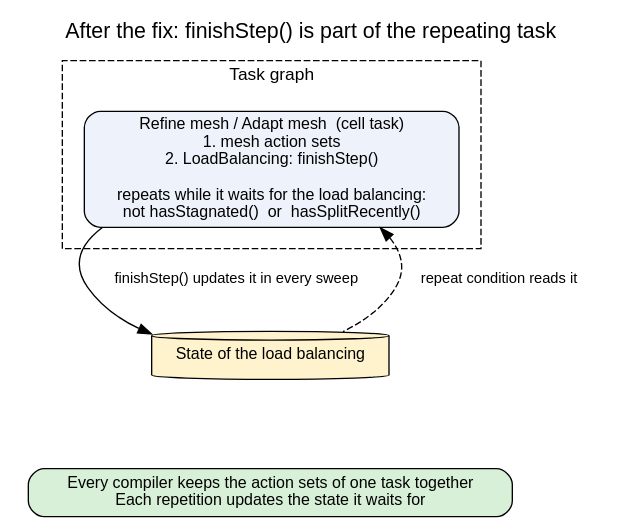
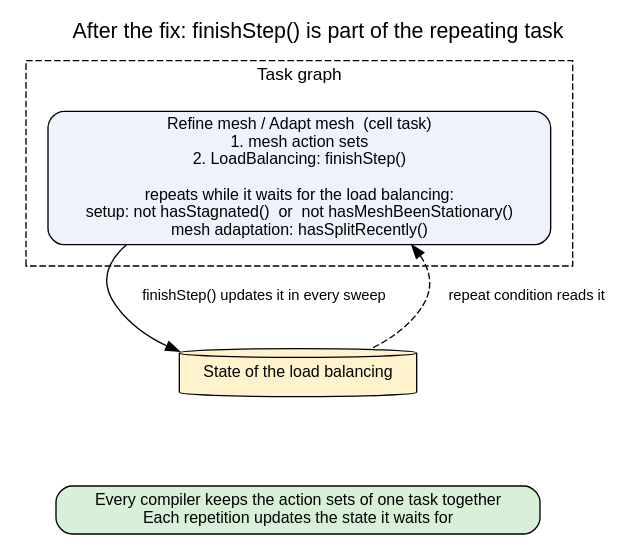
Before and after one commit to peano-framework/peano: the diagram in src/exahype2/api/blockstructured/repeating-task-load-balancing-after.dot, drawn with Graphviz. The commit also changed 10 other files, not shown here.

```diff
--- a/src/exahype2/api/blockstructured/repeating-task-load-balancing-after.dot
+++ b/src/exahype2/api/blockstructured/repeating-task-load-balancing-after.dot
@@ -1,19 +1,19 @@
 digraph after {
   rankdir=TB; nodesep=0.5; ranksep=0.9;
   fontname="Helvetica"; fontsize=16; labelloc=t;
   label="After the fix: finishStep() is part of the repeating task";
   node [fontname="Helvetica", fontsize=12, shape=box, style="rounded,filled", fillcolor="#eef3fb"];
   edge [fontname="Helvetica", fontsize=11];
 
   subgraph cluster_graph {
     label="Task graph"; fontsize=13; style=dashed; margin=16;
-    refine [label="Refine mesh / Adapt mesh  (cell task)\n1. mesh action sets\n2. LoadBalancing: finishStep()\n\nrepeats while it waits for the load balancing:\nnot hasStagnated()  or  hasSplitRecently()"];
+    refine [label="Refine mesh / Adapt mesh  (cell task)\n1. mesh action sets\n2. LoadBalancing: finishStep()\n\nrepeats while it waits for the load balancing:\nsetup: not hasStagnated()  or  not hasMeshBeenStationary()\nmesh adaptation: hasSplitRecently()"];
   }
 
   state [label="State of the load balancing", shape=cylinder, style=filled, fillcolor="#fff3cd"];
   all [label="Every compiler keeps the action sets of one task together\nEach repetition updates the state it waits for", fillcolor="#d8f0d8"];
 
   refine -> state [label="  finishStep() updates it in every sweep  "];
   refine -> state [label="  repeat condition reads it", style=dashed, dir=back];
   state -> all [style=invis];
 }
```
